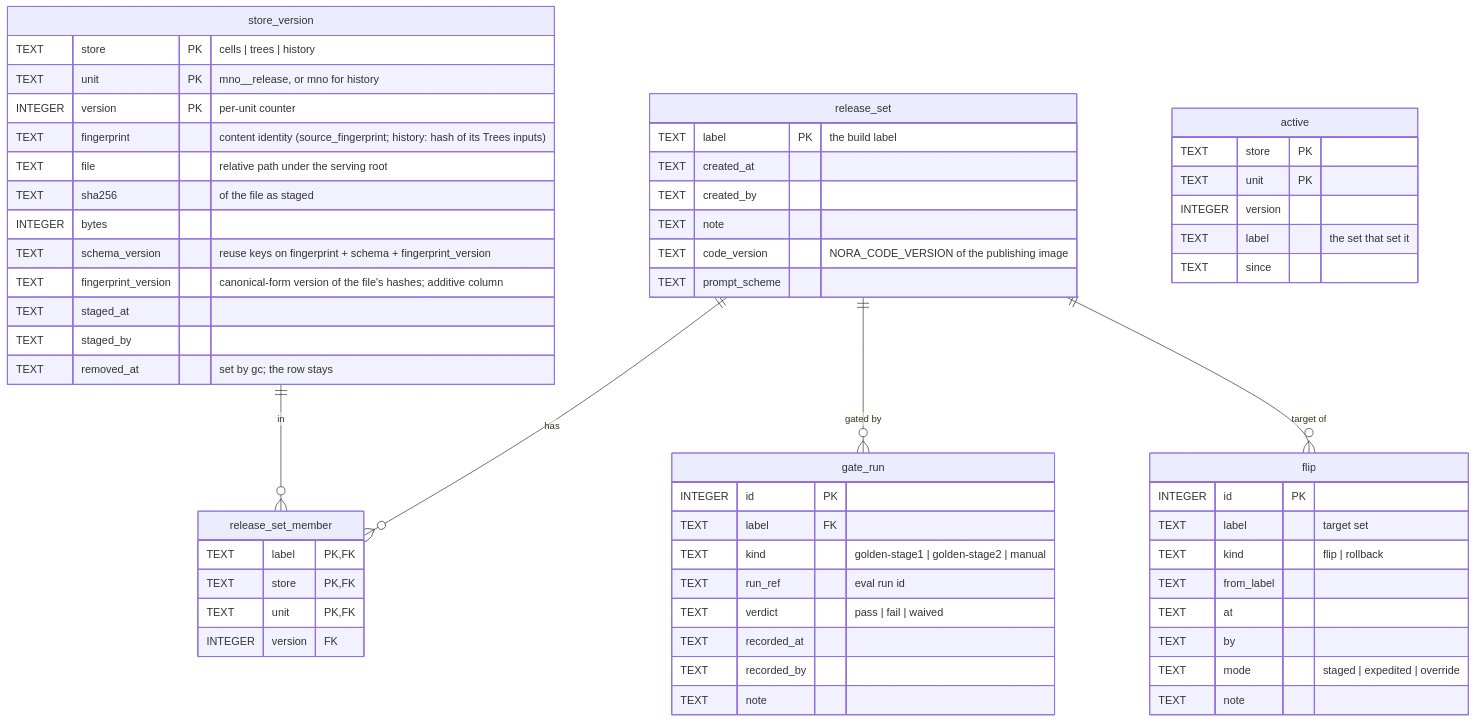
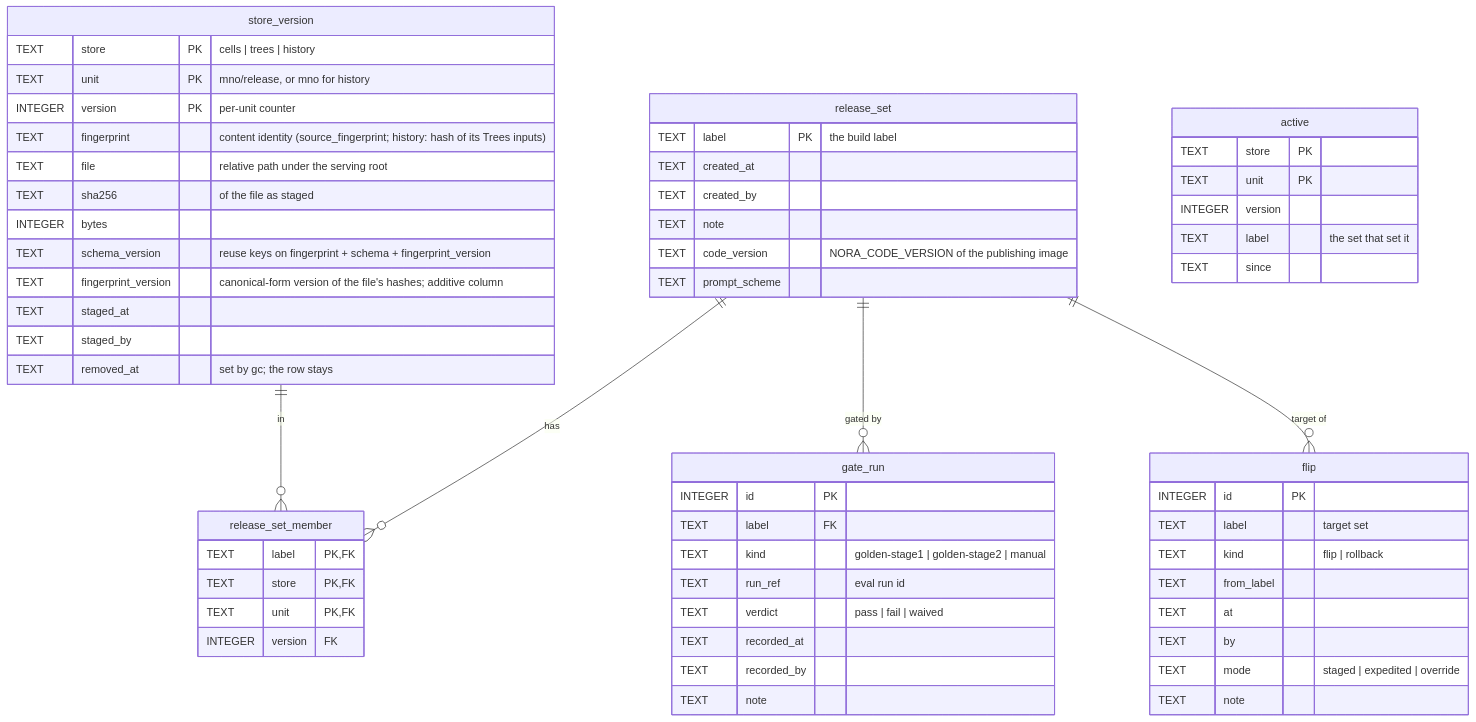
One commit to kurnoolion/nora changed diagram 11 of 19 in docs/architecture.md. Above: the diagram before and after it, drawn with Mermaid. The commit also changed other lines of this file and 60 other files, not shown here.

````diff
--- a/docs/architecture.md
+++ b/docs/architecture.md
@@ -1198,62 +1198,62 @@
 ```mermaid
 erDiagram
   store_version ||--o{ release_set_member : "in"
   release_set ||--o{ release_set_member : "has"
   release_set ||--o{ gate_run : "gated by"
   release_set ||--o{ flip : "target of"
   store_version {
     TEXT store PK "cells | trees | history"
-    TEXT unit PK "mno__release, or mno for history"
+    TEXT unit PK "mno/release, or mno for history"
     INTEGER version PK "per-unit counter"
     TEXT fingerprint "content identity (source_fingerprint; history: hash of its Trees inputs)"
     TEXT file "relative path under the serving root"
     TEXT sha256 "of the file as staged"
     INTEGER bytes
     TEXT schema_version "reuse keys on fingerprint + schema + fingerprint_version"
     TEXT fingerprint_version "canonical-form version of the file's hashes; additive column"
     TEXT staged_at
     TEXT staged_by
     TEXT removed_at "set by gc; the row stays"
   }
   release_set {
     TEXT label PK "the build label"
     TEXT created_at
     TEXT created_by
     TEXT note
     TEXT code_version "NORA_CODE_VERSION of the publishing image"
     TEXT prompt_scheme
   }
   release_set_member {
     TEXT label PK,FK
     TEXT store PK,FK
     TEXT unit PK,FK
     INTEGER version FK
   }
   gate_run {
     INTEGER id PK
     TEXT label FK
     TEXT kind "golden-stage1 | golden-stage2 | manual"
     TEXT run_ref "eval run id"
     TEXT verdict "pass | fail | waived"
     TEXT recorded_at
     TEXT recorded_by
     TEXT note
   }
   active {
     TEXT store PK
     TEXT unit PK
     INTEGER version
     TEXT label "the set that set it"
     TEXT since
   }
   flip {
     INTEGER id PK
     TEXT label "target set"
     TEXT kind "flip | rollback"
     TEXT from_label
     TEXT at
     TEXT by
     TEXT mode "staged | expedited | override"
     TEXT note
   }
 ```
````
